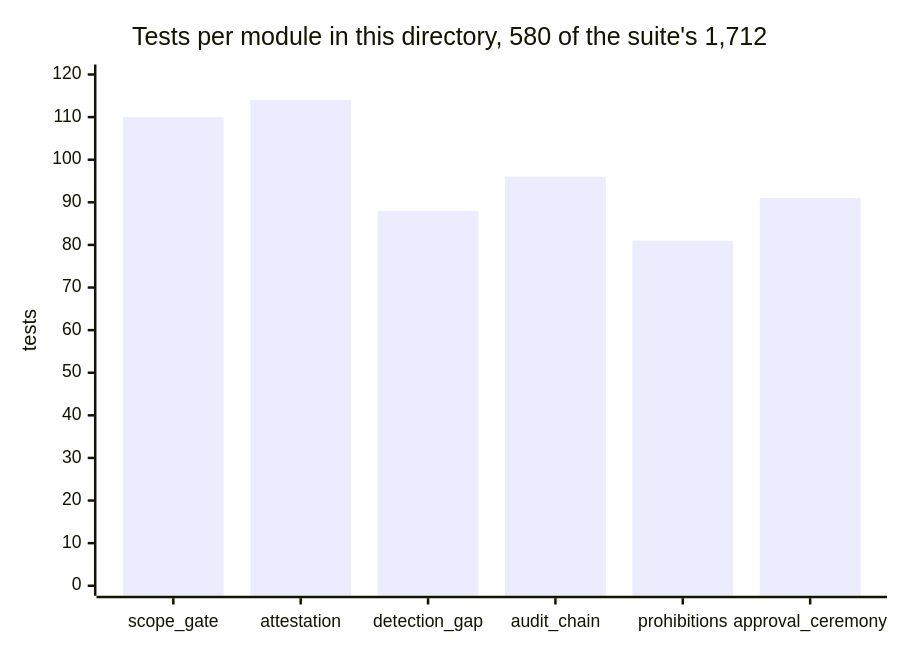
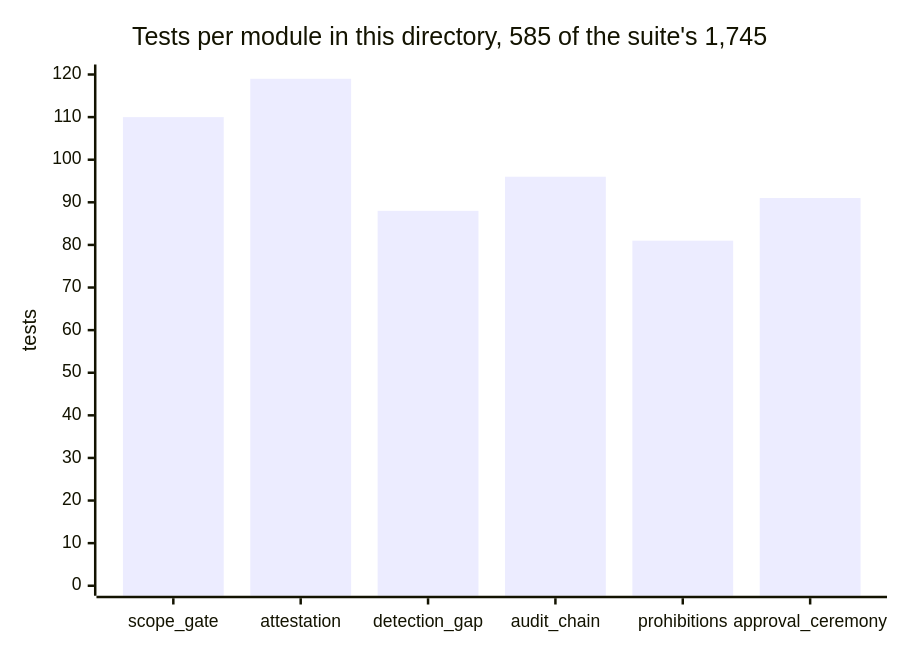
One commit to greeklinux/Showcase changed the ninth of 10 diagrams in blackgate/README.md. Above: the diagram before and after it, drawn with Mermaid. The commit also changed other lines of this file and 17 other files, not shown here.

````diff
--- a/blackgate/README.md
+++ b/blackgate/README.md
@@ -827,7 +827,7 @@
 ```mermaid
 xychart-beta
-    title "Tests per module in this directory, 580 of the suite's 1,712"
+    title "Tests per module in this directory, 585 of the suite's 1,745"
     x-axis ["scope_gate", "attestation", "detection_gap", "audit_chain", "prohibitions", "approval_ceremony"]
     y-axis "tests" 0 --> 120
-    bar [110, 114, 88, 96, 81, 91]
+    bar [110, 119, 88, 96, 81, 91]
 ```
````
